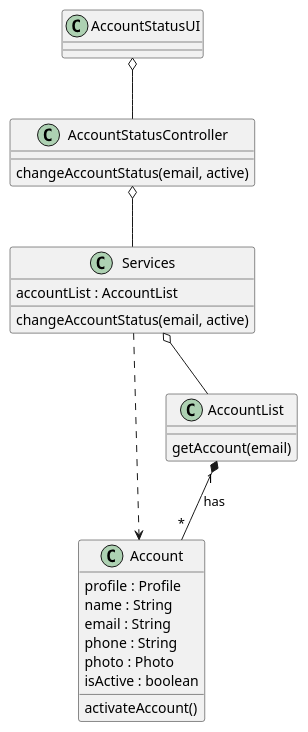
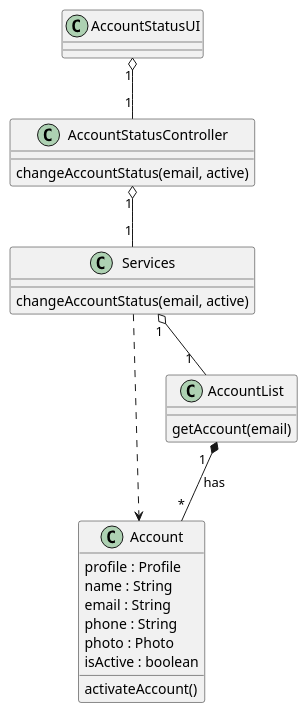
Before and after one commit to ivo-menezes/project_g3: the diagram in docs/modelling_design/user_stories/us006/US006_ActivateUserAccountCD.puml, drawn with PlantUML.

Commit message:
US006: Design: updated ActivateUserAccountCD

```diff
--- a/docs/modelling_design/user_stories/us006/US006_ActivateUserAccountCD.puml
+++ b/docs/modelling_design/user_stories/us006/US006_ActivateUserAccountCD.puml
@@ -1,35 +1,34 @@
 @startuml
 
 class AccountStatusUI {
 }
 
 class Account {
 profile : Profile
 name : String
 email : String
 phone : String
 photo : Photo
 isActive : boolean
 activateAccount()
 }
 
 class AccountStatusController {
 changeAccountStatus(email, active)
 }
 
 class Services {
-accountList : AccountList
 changeAccountStatus(email, active)
 }
 
 class "AccountList" {
 getAccount(email)
 }
 
 Services ..> Account
-Services o-- "AccountList"
-AccountList "1" *-- "*" Account : has
-AccountStatusController o-- Services
-AccountStatusUI o-- AccountStatusController
+Services "1" o-- "1  " "AccountList"
+AccountList "1  " *-- "*" Account : has
+AccountStatusController "1" o-- "1" Services
+AccountStatusUI "1" o-- "1" AccountStatusController
 
 @enduml
```
